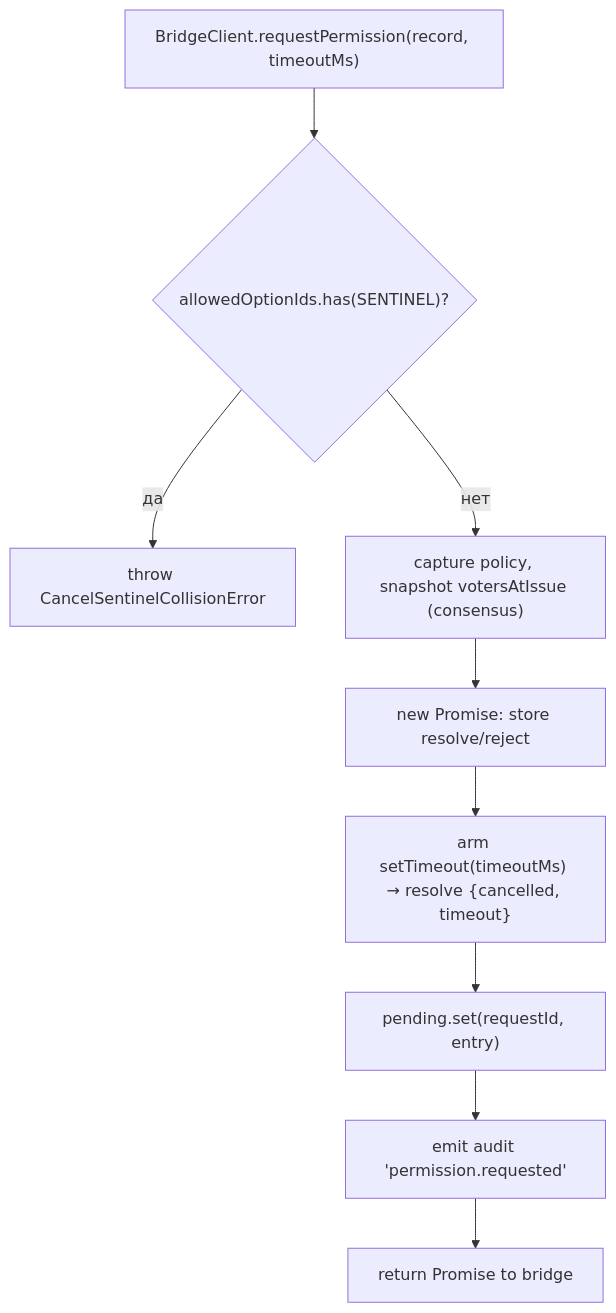
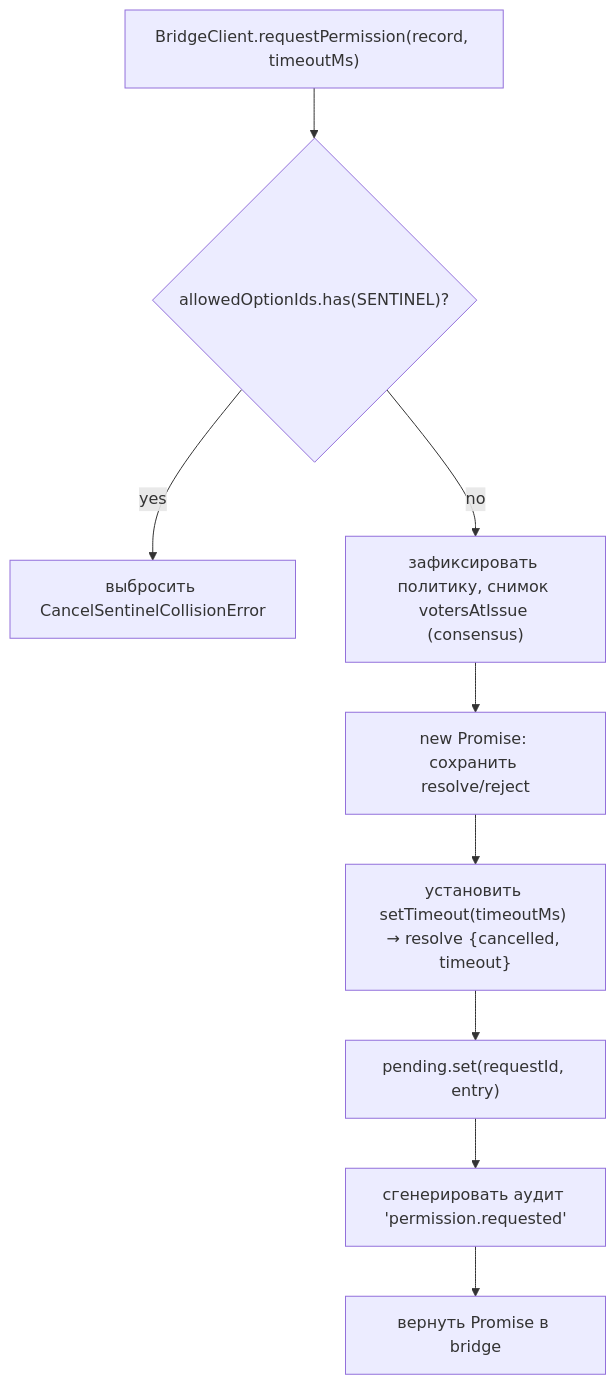
One commit to QwenLM/qwen-code-docs changed the first of 2 diagrams in website/content/ru/developers/daemon/04-permission-mediation.md. Above: the diagram before and after it, drawn with Mermaid. The commit also changed other lines of this file and 162 other files, not shown here.

````diff
--- a/website/content/ru/developers/daemon/04-permission-mediation.md
+++ b/website/content/ru/developers/daemon/04-permission-mediation.md
@@ -105,11 +105,11 @@
 ```mermaid
 flowchart TD
     A["BridgeClient.requestPermission(record, timeoutMs)"] --> B{"allowedOptionIds.has(SENTINEL)?"}
-    B -->|да| C["throw CancelSentinelCollisionError"]
-    B -->|нет| D["capture policy, snapshot votersAtIssue (consensus)"]
-    D --> E["new Promise: store resolve/reject"]
-    E --> F["arm setTimeout(timeoutMs) → resolve {cancelled, timeout}"]
+    B -->|yes| C["выбросить CancelSentinelCollisionError"]
+    B -->|no| D["зафиксировать политику, снимок votersAtIssue (consensus)"]
+    D --> E["new Promise: сохранить resolve/reject"]
+    E --> F["установить setTimeout(timeoutMs) → resolve {cancelled, timeout}"]
     F --> G["pending.set(requestId, entry)"]
-    G --> H["emit audit 'permission.requested'"]
-    H --> I["return Promise to bridge"]
+    G --> H["сгенерировать аудит 'permission.requested'"]
+    H --> I["вернуть Promise в bridge"]
 ```
````
